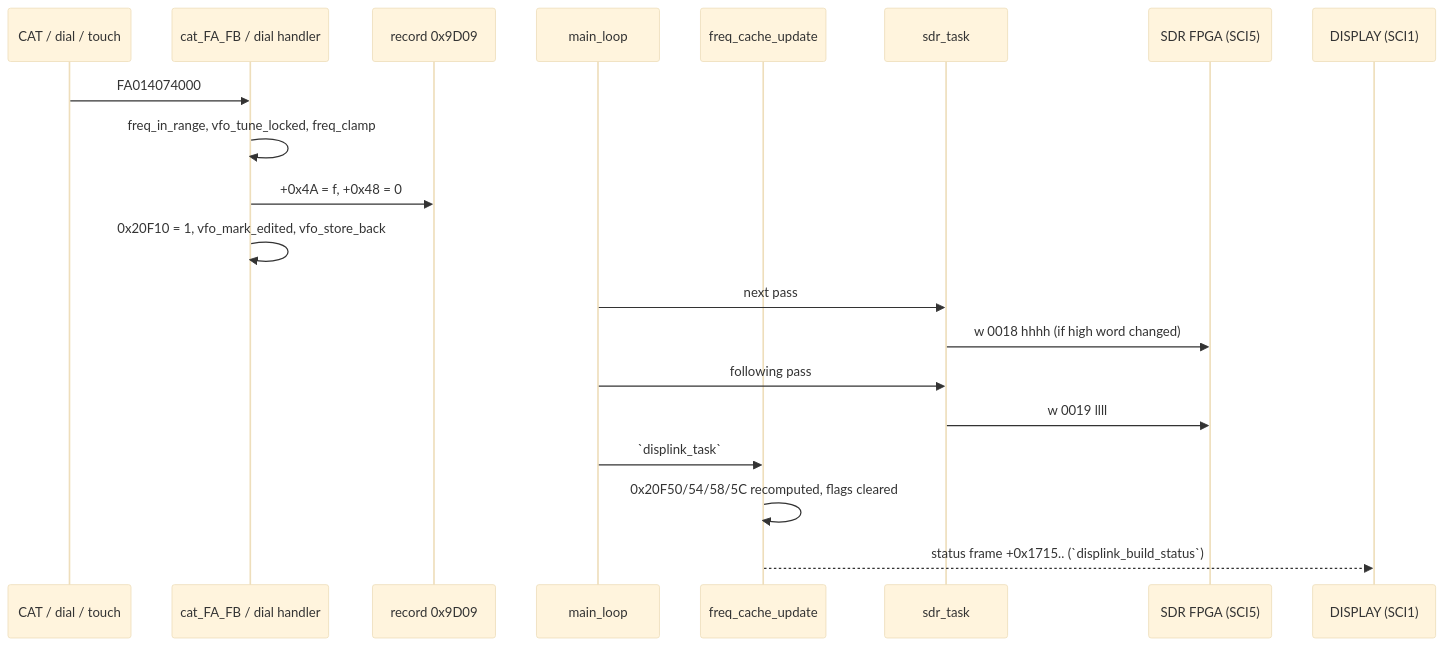
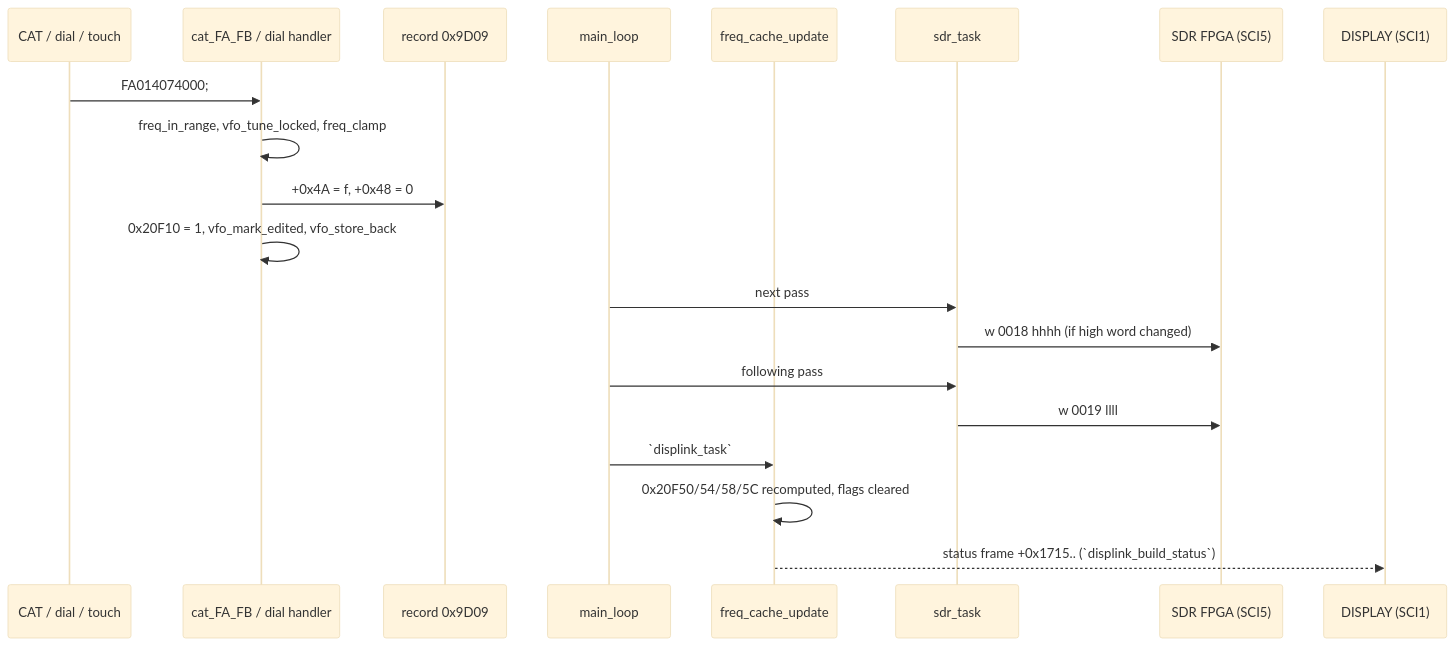
One commit to Reid-n0rc/FT-710_Firmware changed the fourth of 4 diagrams in docs/code/main/radio-control.md. Above: the diagram before and after it, drawn with Mermaid (base theme). The commit also changed other lines of this file and 8 other files, not shown here.

First line of the commit message:
Fix 10 Mermaid diagrams that failed to render; T19 status

````diff
--- a/docs/code/main/radio-control.md
+++ b/docs/code/main/radio-control.md
@@ -304,22 +304,22 @@
 ```mermaid
 sequenceDiagram
   participant PC as CAT / dial / touch
   participant H as cat_FA_FB / dial handler
   participant R as record 0x9D09
   participant ML as main_loop
   participant C as freq_cache_update
   participant S as sdr_task
   participant FPGA as SDR FPGA (SCI5)
   participant D as DISPLAY (SCI1)
-  PC->>H: FA014074000;
+  PC->>H: FA014074000#59;
   H->>H: freq_in_range, vfo_tune_locked, freq_clamp
   H->>R: +0x4A = f, +0x48 = 0
   H->>H: 0x20F10 = 1, vfo_mark_edited, vfo_store_back
   ML->>S: next pass
   S->>FPGA: w 0018 hhhh (if high word changed)
   ML->>S: following pass
   S->>FPGA: w 0019 llll
   ML->>C: `displink_task`
   C->>C: 0x20F50/54/58/5C recomputed, flags cleared
   C-->>D: status frame +0x1715.. (`displink_build_status`)
 ```
````
